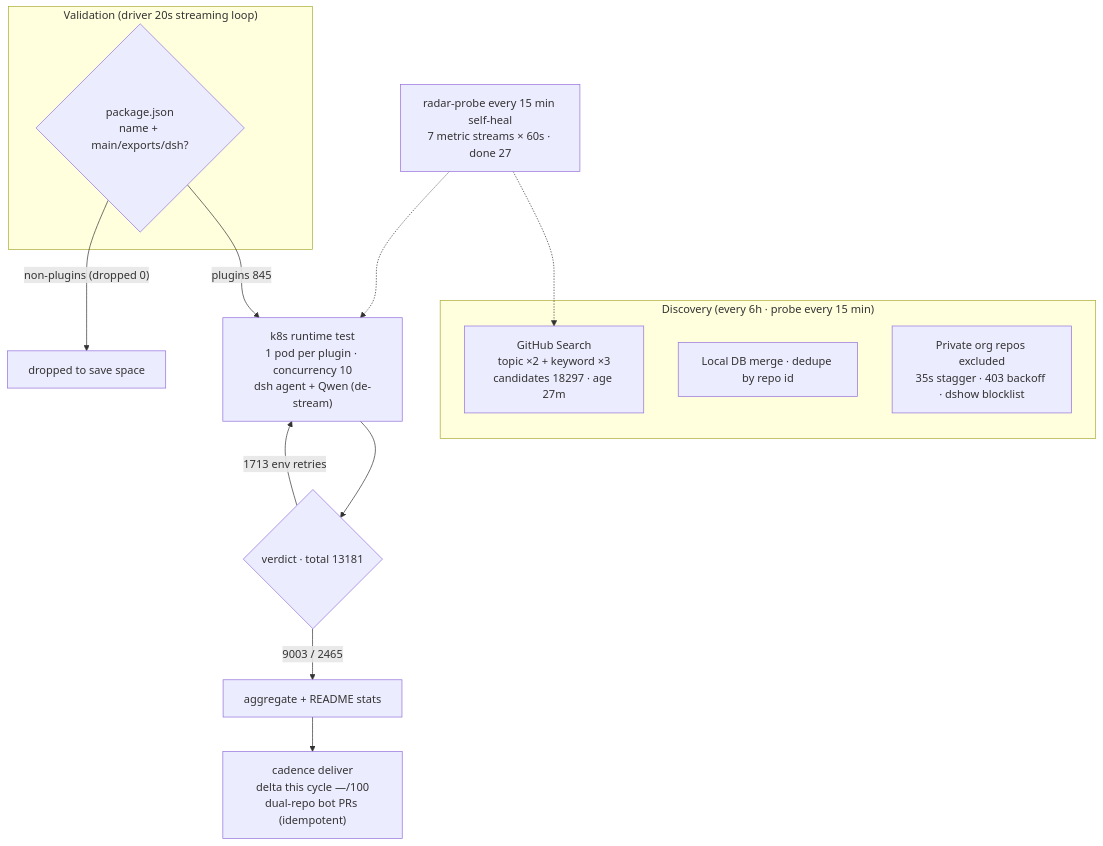
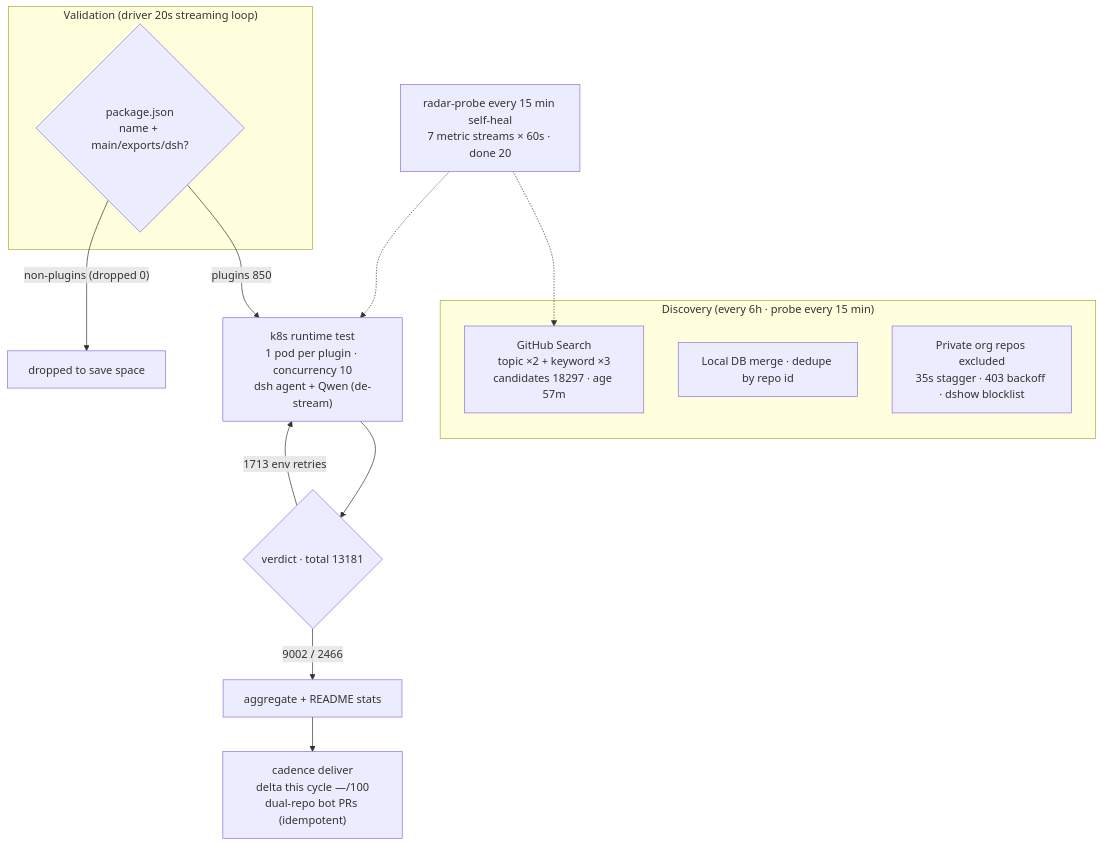
Before and after one commit to AdamPlatin123/awesome-dsh-plugins: the diagram in README.en-US.md, drawn with Mermaid. The commit also changed other lines of this file and 5 other files, not shown here.

````diff
--- a/README.en-US.md
+++ b/README.en-US.md
@@ -45,20 +45,20 @@
 ```mermaid
 flowchart TB
     subgraph Discovery["Discovery (every 6h · probe every 15 min)"]
-        A1["GitHub Search<br/>topic ×2 + keyword ×3<br/>candidates 18297 · age 27m"]
+        A1["GitHub Search<br/>topic ×2 + keyword ×3<br/>candidates 18297 · age 57m"]
         A2["Local DB merge · dedupe by repo id"]
         A3["Private org repos excluded<br/>35s stagger · 403 backoff · dshow blocklist"]
     end
     subgraph Validation["Validation (driver 20s streaming loop)"]
         B1{"package.json<br/>name + main/exports/dsh?"}
     end
-    B1 -->|"plugins 845"| C1["k8s runtime test<br/>1 pod per plugin · concurrency 10<br/>dsh agent + Qwen (de-stream)"]
+    B1 -->|"plugins 850"| C1["k8s runtime test<br/>1 pod per plugin · concurrency 10<br/>dsh agent + Qwen (de-stream)"]
     B1 -->|"non-plugins (dropped 0)"| B3["dropped to save space"]
     C1 --> D1{"verdict · total 13181"}
-    D1 -->|"9003 / 2465"| E1["aggregate + README stats"]
+    D1 -->|"9002 / 2466"| E1["aggregate + README stats"]
     D1 -->|"1713 env retries"| C1
     E1 --> E2["cadence deliver<br/>delta this cycle —/100<br/>dual-repo bot PRs (idempotent)"]
-    M["radar-probe every 15 min self-heal<br/>7 metric streams × 60s · done 27"]
+    M["radar-probe every 15 min self-heal<br/>7 metric streams × 60s · done 20"]
     M -.-> A1
     M -.-> C1
 ```
````
